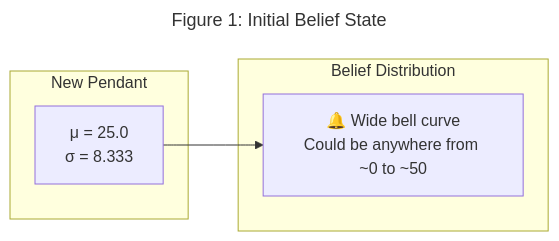
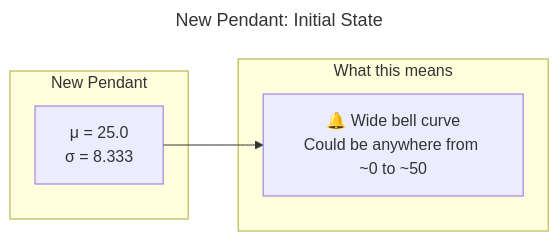
One commit to 5mehulhelp5/product_picker changed the first of 4 diagrams in blog/part2-trueskill-demystified.md. Above: the diagram before and after it, drawn with Mermaid. The commit also changed other lines of this file and 2 other files, not shown here.

````diff
--- a/blog/part2-trueskill-demystified.md
+++ b/blog/part2-trueskill-demystified.md
@@ -52,15 +41,15 @@
 ```mermaid
 ---
-title: "Figure 1: Initial Belief State"
+title: "New Pendant: Initial State"
 ---
 graph LR
     subgraph "New Pendant"
         A["μ = 25.0<br/>σ = 8.333"]
     end
     
-    subgraph "Belief Distribution"
+    subgraph "What this means"
         B["🔔 Wide bell curve<br/>Could be anywhere from ~0 to ~50"]
     end
     
     A --> B
 ```
````
